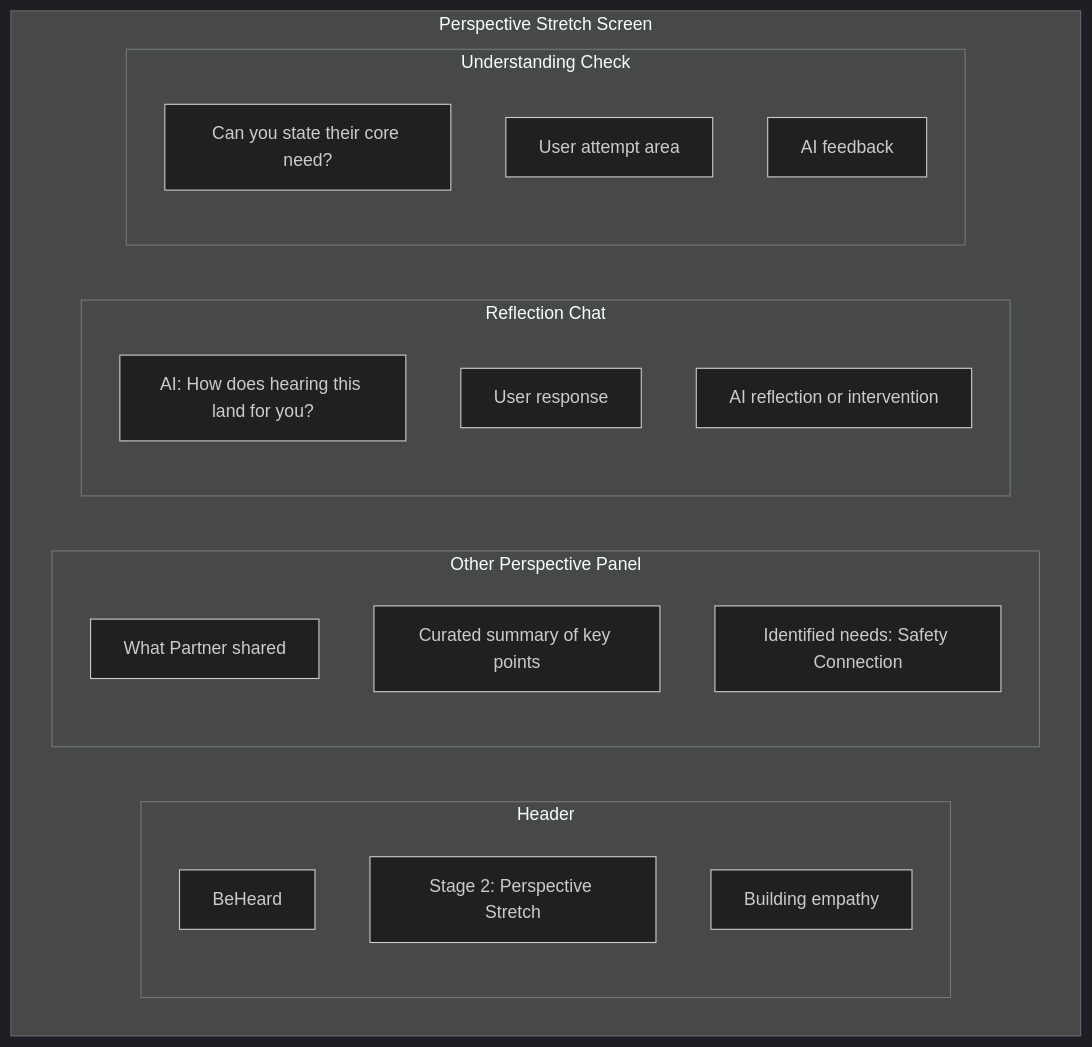
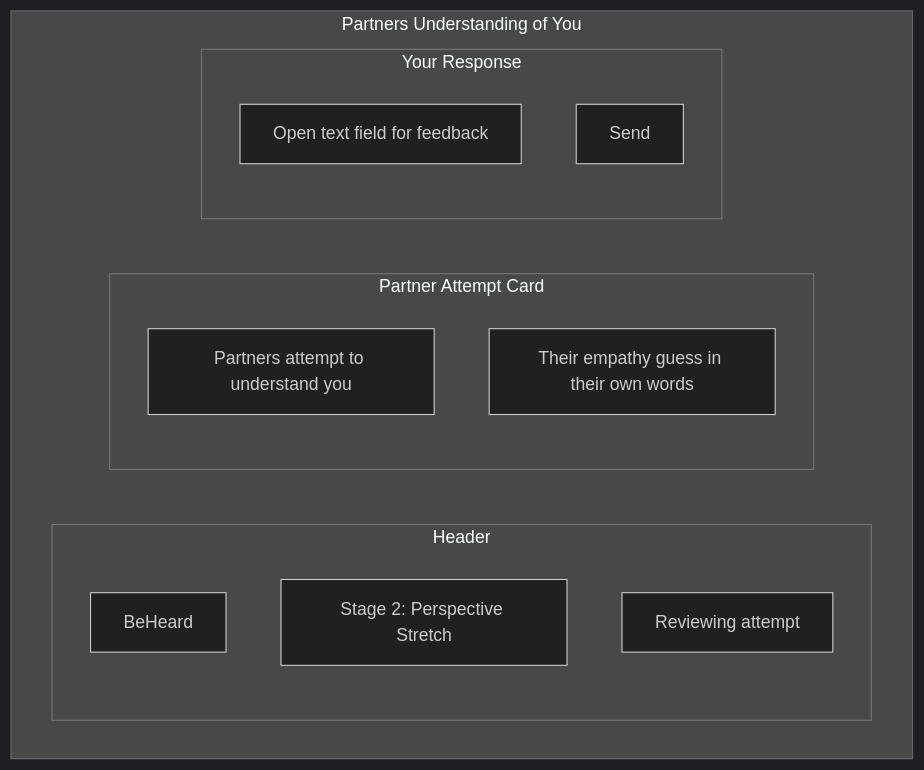
One commit to shantamg/meet-without-fear changed the sixth of 6 diagrams in docs/mvp-planning/plans/stages/stage-2-perspective-stretch.md. Above: the diagram before and after it, drawn with Mermaid (dark theme). The commit also changed other lines of this file and 2 other files, not shown here.

First line of the commit message:
Redesign Stage 2/4 flows and demos for open-ended interaction

````diff
--- a/docs/mvp-planning/plans/stages/stage-2-perspective-stretch.md
+++ b/docs/mvp-planning/plans/stages/stage-2-perspective-stretch.md
@@ -184,28 +213,20 @@
 ```mermaid
 flowchart TB
-    subgraph Screen[Perspective Stretch Screen]
+    subgraph Screen[Partners Understanding of You]
         subgraph Header[Header]
             Logo[BeHeard]
             Stage[Stage 2: Perspective Stretch]
-            Status[Building empathy]
+            Status[Reviewing attempt]
         end
 
-        subgraph OtherView[Other Perspective Panel]
-            Title[What Partner shared]
-            Summary[Curated summary of key points]
-            Needs[Identified needs: Safety Connection]
+        subgraph Attempt[Partner Attempt Card]
+            Title[Partners attempt to understand you]
+            Content[Their empathy guess in their own words]
         end
 
-        subgraph Chat[Reflection Chat]
-            AI1[AI: How does hearing this land for you?]
-            User1[User response]
-            AI2[AI reflection or intervention]
-        end
-
-        subgraph Progress[Understanding Check]
-            Question[Can you state their core need?]
-            Answer[User attempt area]
-            Feedback[AI feedback]
+        subgraph Response[Your Response]
+            TextField[Open text field for feedback]
+            Send[Send]
         end
     end
 ```
````
